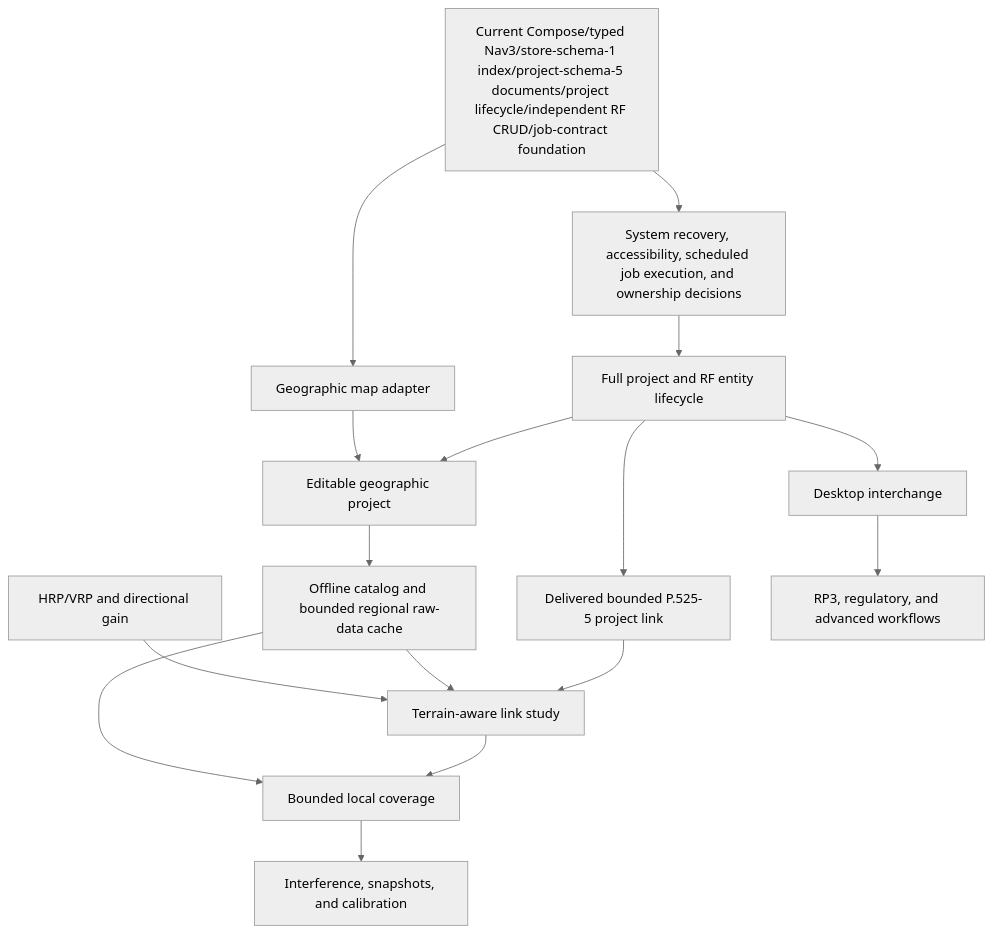
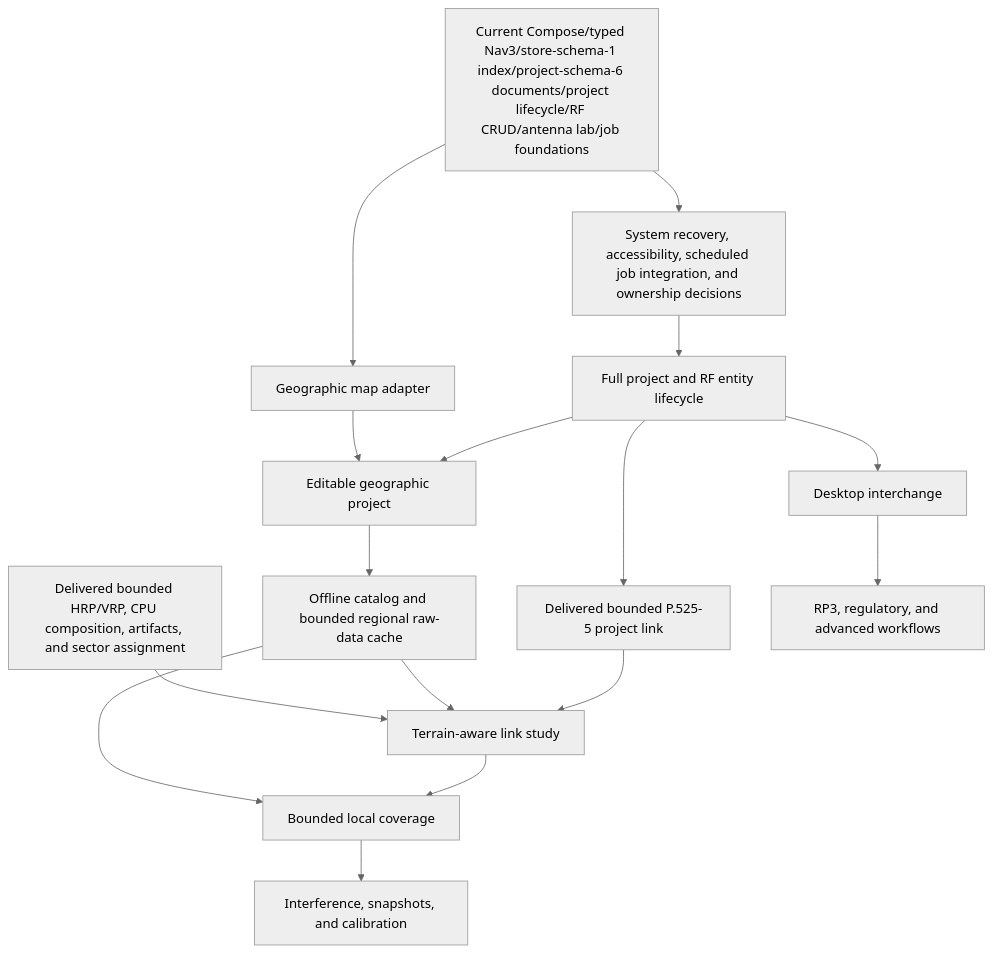
Before and after one commit to Gecesars/ATX_PLA_APK: the diagram in docs/APPLICATION_MAP.md, drawn with Mermaid (neutral theme). The commit also changed other lines of this file and 112 other files, not shown here.

````diff
--- a/docs/APPLICATION_MAP.md
+++ b/docs/APPLICATION_MAP.md
@@ -247,18 +256,18 @@
 ```mermaid
 flowchart TD
-    CURRENT[Current Compose/typed Nav3/store-schema-1 index/project-schema-5 documents/project lifecycle/independent RF CRUD/job-contract foundation] --> HARDEN[System recovery, accessibility, scheduled job execution, and ownership decisions]
+    CURRENT[Current Compose/typed Nav3/store-schema-1 index/project-schema-6 documents/project lifecycle/RF CRUD/antenna lab/job foundations] --> HARDEN[System recovery, accessibility, scheduled job integration, and ownership decisions]
     HARDEN --> PROJECT[Full project and RF entity lifecycle]
     CURRENT --> MAPSPIKE[Geographic map adapter]
     PROJECT --> MAP[Editable geographic project]
     MAPSPIKE --> MAP
     MAP --> DATA[Offline catalog and bounded regional raw-data cache]
     PROJECT --> BASELINK[Delivered bounded P.525-5 project link]
     BASELINK --> LINK[Terrain-aware link study]
     DATA --> LINK
-    ANTENNA[HRP/VRP and directional gain] --> LINK
+    ANTENNA[Delivered bounded HRP/VRP, CPU composition, artifacts, and sector assignment] --> LINK
     LINK --> COVERAGE[Bounded local coverage]
     DATA --> COVERAGE
     COVERAGE --> NETWORK[Interference, snapshots, and calibration]
     PROJECT --> INTEROP[Desktop interchange]
     INTEROP --> ADVANCED[RP3, regulatory, and advanced workflows]
 ```
````
